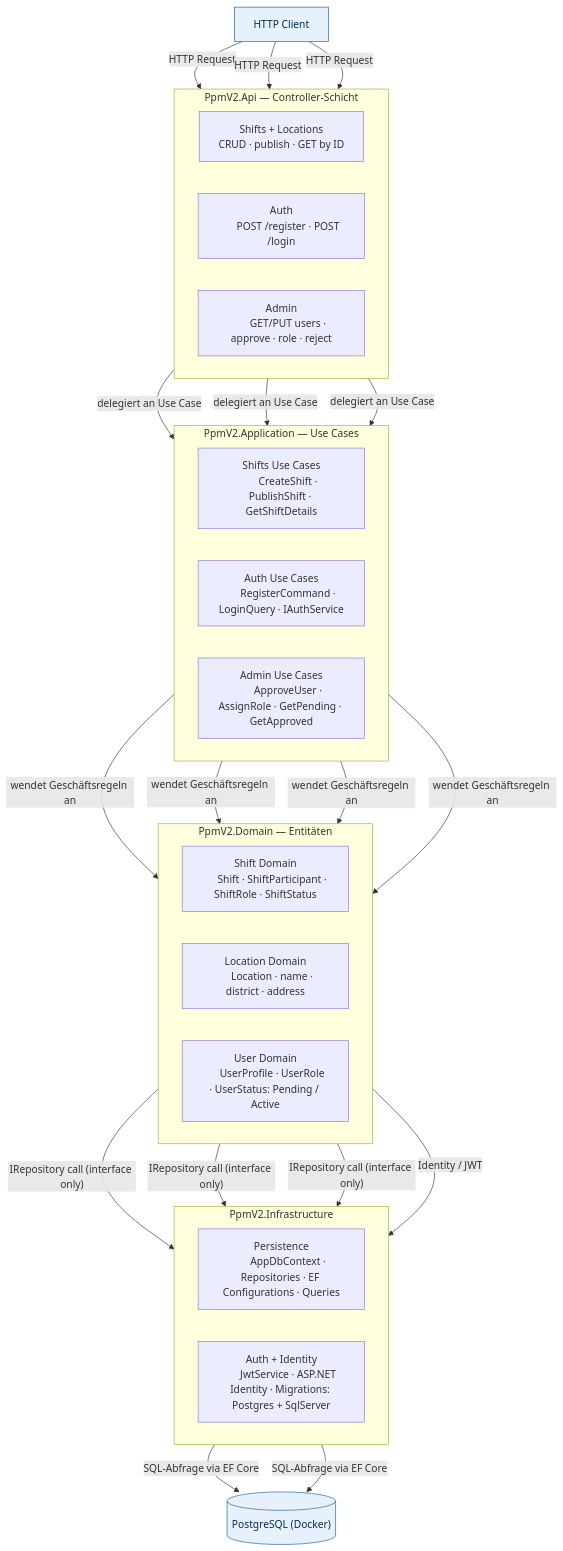
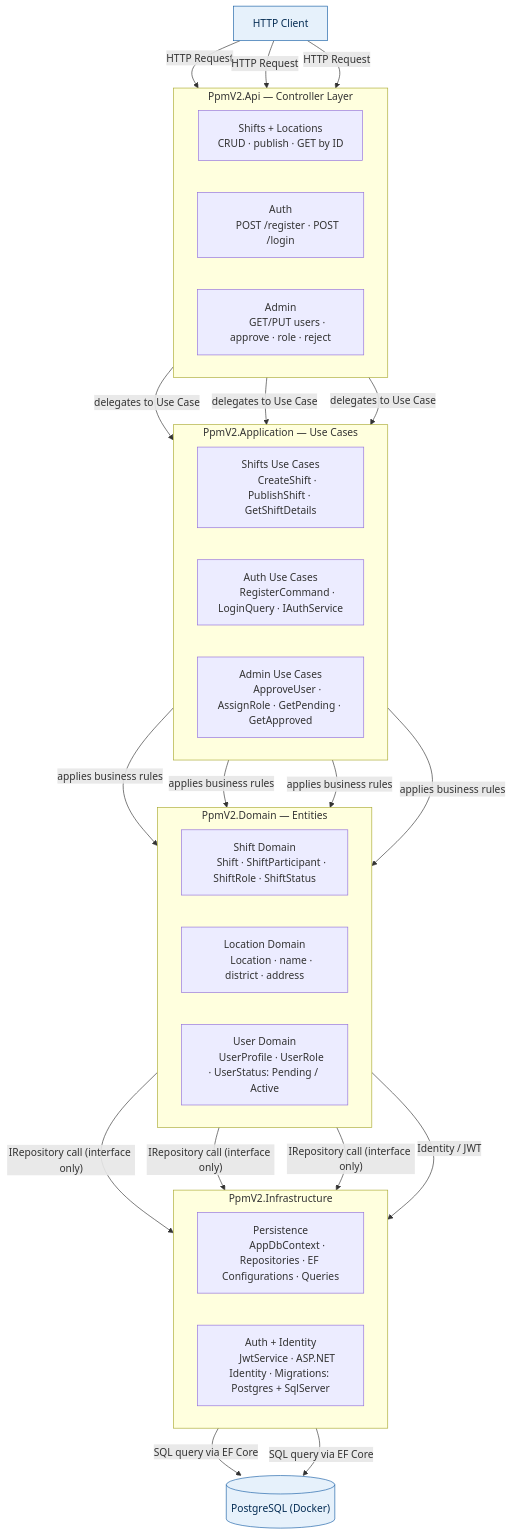
One commit to djzh23/PpmV2 changed the first of 3 diagrams in src/docs/architecture.md. Above: the diagram before and after it, drawn with Mermaid. The commit also changed other lines of this file, not shown here.

Commit message:
docs: simplify README, diagrams moved to architecture.md

````diff
--- a/src/docs/architecture.md
+++ b/src/docs/architecture.md
@@ -11,68 +11,68 @@
 ```mermaid
 graph TD
     CLIENT["HTTP Client"]
 
-    subgraph API ["PpmV2.Api — Controller-Schicht"]
+    subgraph API ["PpmV2.Api — Controller Layer"]
       direction LR
       SHIFT_C["Shifts + Locations
       CRUD · publish · GET by ID"]
       AUTH_C["Auth
       POST /register · POST /login"]
       ADMIN_C["Admin
       GET/PUT users · approve · role · reject"]
     end
 
     subgraph APP ["PpmV2.Application — Use Cases"]
       direction LR
       SHIFT_U["Shifts Use Cases
       CreateShift · PublishShift · GetShiftDetails"]
       AUTH_U["Auth Use Cases
       RegisterCommand · LoginQuery · IAuthService"]
       ADMIN_U["Admin Use Cases
       ApproveUser · AssignRole · GetPending · GetApproved"]
     end
 
-    subgraph DOMAIN ["PpmV2.Domain — Entitäten"]
+    subgraph DOMAIN ["PpmV2.Domain — Entities"]
       direction LR
       SHIFT_D["Shift Domain
       Shift · ShiftParticipant · ShiftRole · ShiftStatus"]
       LOC_D["Location Domain
       Location · name · district · address"]
       USER_D["User Domain
       UserProfile · UserRole · UserStatus: Pending / Active"]
     end
 
     subgraph INFRA ["PpmV2.Infrastructure"]
       direction LR
       PERSIST["Persistence
       AppDbContext · Repositories · EF Configurations · Queries"]
       AUTH_I["Auth + Identity
       JwtService · ASP.NET Identity · Migrations: Postgres + SqlServer"]
     end
 
     DB[("PostgreSQL (Docker)")]
 
     CLIENT -->|"HTTP Request"| AUTH_C
     CLIENT -->|"HTTP Request"| ADMIN_C
     CLIENT -->|"HTTP Request"| SHIFT_C
 
-    SHIFT_C -->|"delegiert an Use Case"| SHIFT_U
-    AUTH_C  -->|"delegiert an Use Case"| AUTH_U
-    ADMIN_C -->|"delegiert an Use Case"| ADMIN_U
+    SHIFT_C -->|"delegates to Use Case"| SHIFT_U
+    AUTH_C  -->|"delegates to Use Case"| AUTH_U
+    ADMIN_C -->|"delegates to Use Case"| ADMIN_U
 
-    SHIFT_U -->|"wendet Geschäftsregeln an"| SHIFT_D
-    SHIFT_U -->|"wendet Geschäftsregeln an"| LOC_D
-    AUTH_U  -->|"wendet Geschäftsregeln an"| USER_D
-    ADMIN_U -->|"wendet Geschäftsregeln an"| USER_D
+    SHIFT_U -->|"applies business rules"| SHIFT_D
+    SHIFT_U -->|"applies business rules"| LOC_D
+    AUTH_U  -->|"applies business rules"| USER_D
+    ADMIN_U -->|"applies business rules"| USER_D
 
     SHIFT_D -->|"IRepository call (interface only)"| PERSIST
     LOC_D   -->|"IRepository call (interface only)"| PERSIST
     USER_D  -->|"IRepository call (interface only)"| PERSIST
     USER_D  -->|"Identity / JWT"| AUTH_I
 
-    PERSIST -->|"SQL-Abfrage via EF Core"| DB
-    AUTH_I  -->|"SQL-Abfrage via EF Core"| DB
+    PERSIST -->|"SQL query via EF Core"| DB
+    AUTH_I  -->|"SQL query via EF Core"| DB
 
     style CLIENT fill:#E6F1FB,stroke:#185FA5,color:#042C53
     style DB     fill:#E6F1FB,stroke:#185FA5,color:#042C53
 ```
````
